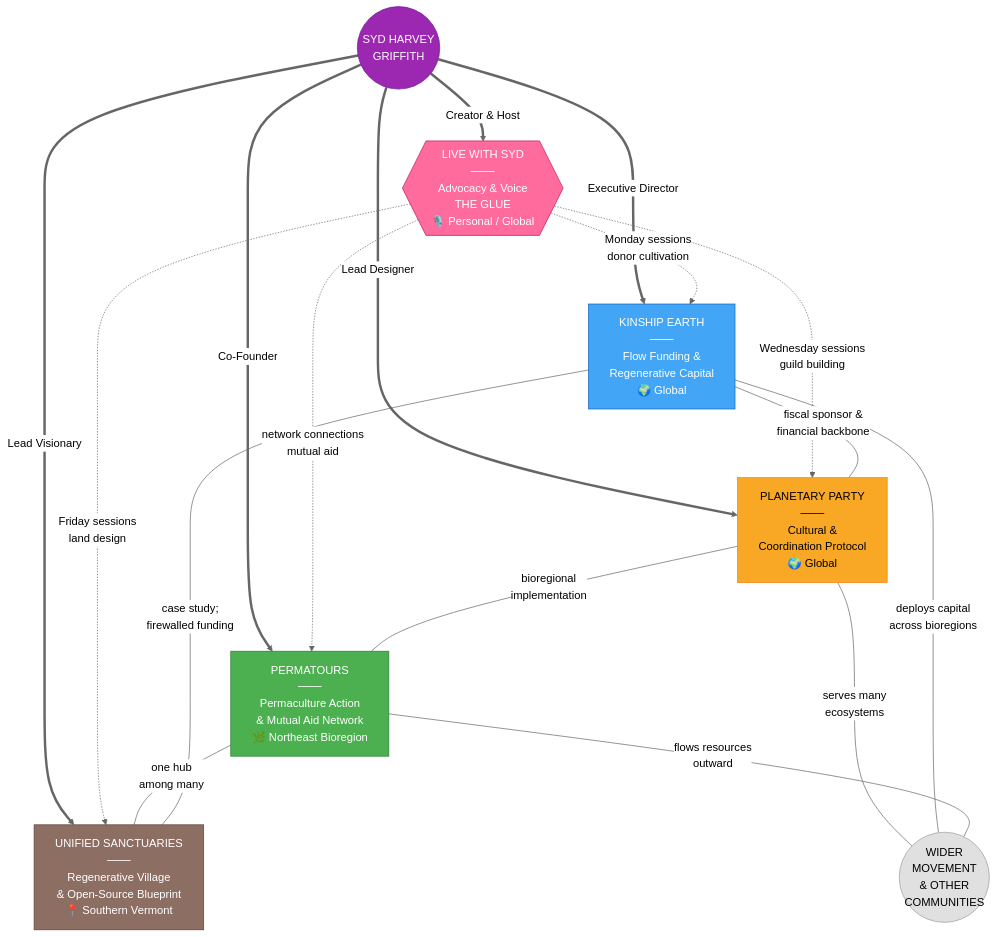
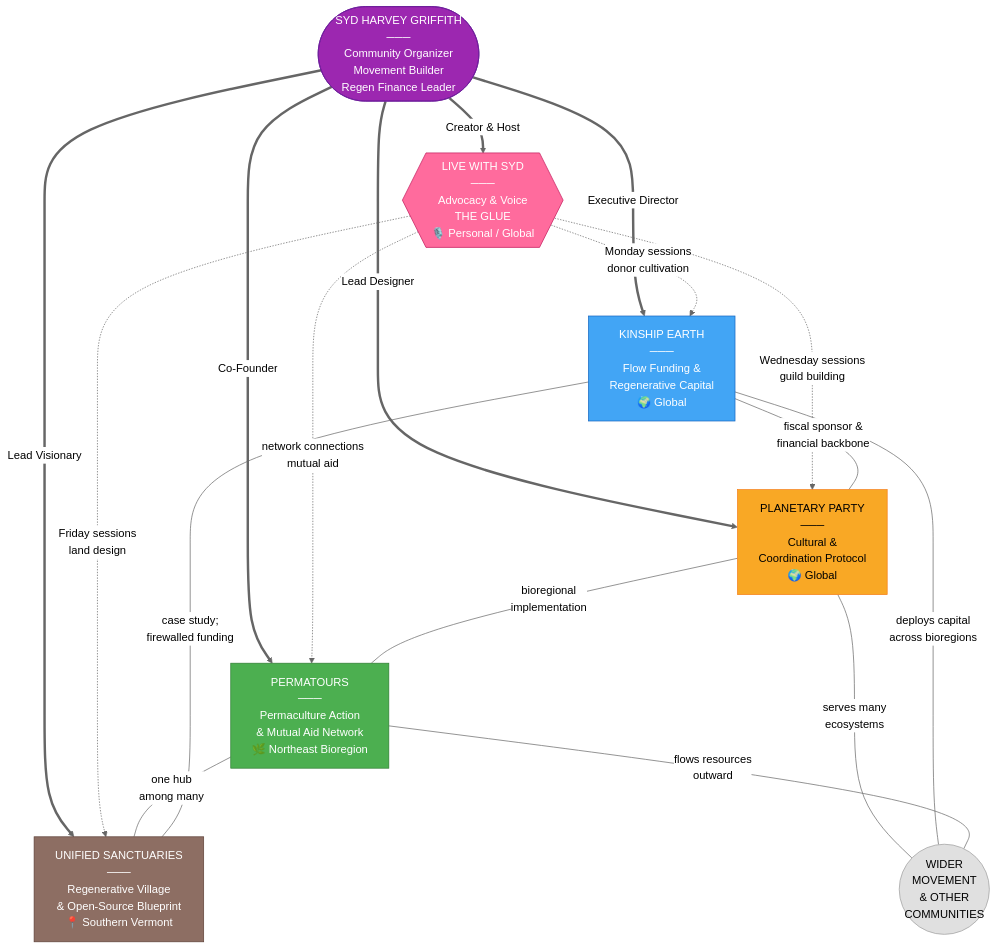
One commit to Light-Brands/sydney changed the first of 15 diagrams in ecosystem-map.md. Above: the diagram before and after it, drawn with Mermaid (neutral theme).

Commit message:
Use stadium shape for SYD node to prevent text clipping
Changed from circle (( )) to stadium ([ ]) shape which expands to
fit multi-line content. Restores full role descriptions while keeping
the node visually distinct from the rectangular initiative nodes.

https://claude.ai/code/session_01LpEdYUV9TKN6ZeTjJoMT8B

````diff
--- a/ecosystem-map.md
+++ b/ecosystem-map.md
@@ -13,38 +13,38 @@
 ```mermaid
 graph TD
-    SYD(("SYD HARVEY<br/>GRIFFITH"))
+    SYD(["SYD HARVEY GRIFFITH<br/>───<br/>Community Organizer<br/>Movement Builder<br/>Regen Finance Leader"])
 
     SYD ==>|"Creator & Host"| LWS
     SYD ==>|"Executive Director"| KE
     SYD ==>|"Co-Founder"| PT
     SYD ==>|"Lead Designer"| PP
     SYD ==>|"Lead Visionary"| US
 
     LWS{{"LIVE WITH SYD<br/>───<br/>Advocacy & Voice<br/>THE GLUE<br/>🎙️ Personal / Global"}}
     KE["KINSHIP EARTH<br/>───<br/>Flow Funding &<br/>Regenerative Capital<br/>🌍 Global"]
     PT["PERMATOURS<br/>───<br/>Permaculture Action<br/>& Mutual Aid Network<br/>🌿 Northeast Bioregion"]
     PP["PLANETARY PARTY<br/>───<br/>Cultural &<br/>Coordination Protocol<br/>🌍 Global"]
     US["UNIFIED SANCTUARIES<br/>───<br/>Regenerative Village<br/>& Open-Source Blueprint<br/>📍 Southern Vermont"]
 
     LWS -.->|"Monday sessions<br/>donor cultivation"| KE
     LWS -.->|"Wednesday sessions<br/>guild building"| PP
     LWS -.->|"network connections<br/>mutual aid"| PT
     LWS -.->|"Friday sessions<br/>land design"| US
 
     KE ---|"fiscal sponsor &<br/>financial backbone"| PP
     PP ---|"bioregional<br/>implementation"| PT
     PT ---|"one hub<br/>among many"| US
     KE ---|"case study;<br/>firewalled funding"| US
 
     PP ---|"serves many<br/>ecosystems"| EXT(("WIDER<br/>MOVEMENT<br/>& OTHER<br/>COMMUNITIES"))
     KE ---|"deploys capital<br/>across bioregions"| EXT
     PT ---|"flows resources<br/>outward"| EXT
 
     style SYD fill:#9C27B0,stroke:#6A1B9A,color:#fff
     style LWS fill:#FF6B9D,stroke:#C2185B,color:#fff
     style KE fill:#42A5F5,stroke:#1565C0,color:#fff
     style PP fill:#F9A825,stroke:#F57F17,color:#000
     style PT fill:#4CAF50,stroke:#2E7D32,color:#fff
     style US fill:#8D6E63,stroke:#5D4037,color:#fff
     style EXT fill:#E0E0E0,stroke:#9E9E9E,color:#000
 ```
````
